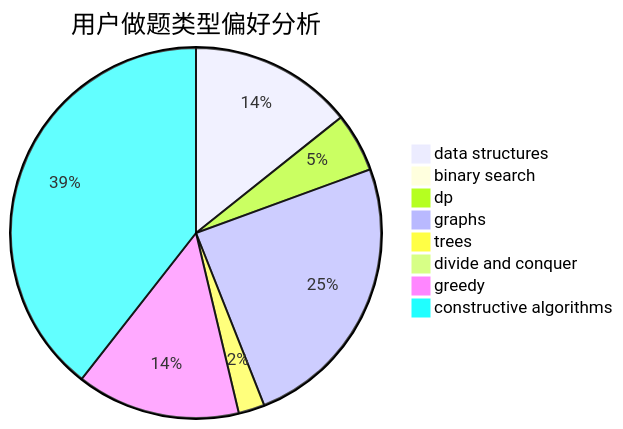
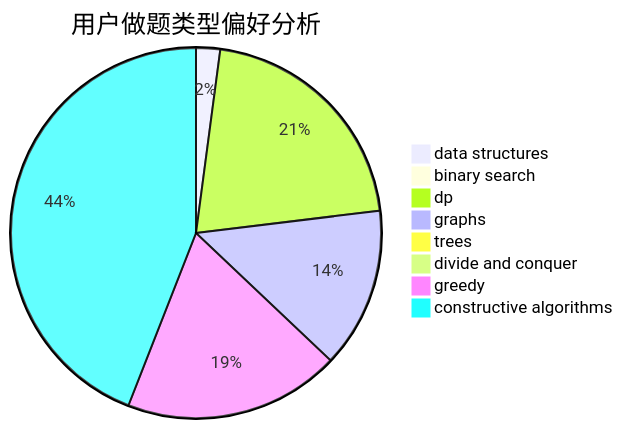
One commit to sherpahu/cfrs.github.io changed the second of 3 diagrams in docs/user/u1842.md. Above: the diagram before and after it, drawn with Mermaid. The commit also changed other lines of this file and 2770 other files, not shown here.

````diff
--- a/docs/user/u1842.md
+++ b/docs/user/u1842.md
@@ -23,11 +23,11 @@
 ```mermaid
 pie title 用户做题类型偏好分析
-    "data structures" :  25
+    "data structures" :  3
     "binary search" :  0
-    "dp" :  9
-    "graphs" :  43
-    "trees" :  4
+    "dp" :  30
+    "graphs" :  20
+    "trees" :  0
     "divide and conquer" :  0
-    "greedy" :  25
-    "constructive algorithms" :  69
+    "greedy" :  27
+    "constructive algorithms" :  63
 ```
````
